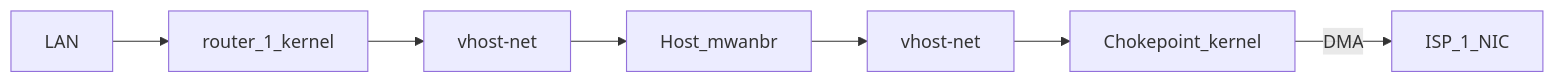
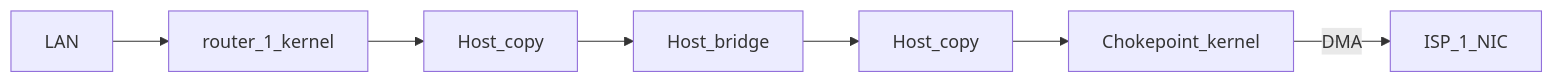
One commit to agoodkind/configs changed the ninth of 9 diagrams in docs/mwan.md. Above: the diagram before and after it, drawn with Mermaid. The commit also changed other lines of this file, not shown here.

Commit message:
Rewrite docs/mwan.md scalability around measured host-copy scenarios

````diff
--- a/docs/mwan.md
+++ b/docs/mwan.md
@@ -351,16 +348,16 @@
 ```mermaid
 flowchart LR
   lan[LAN]
   r1[router_1_kernel]
-  vq1[vhost-net]
-  br[Host_mwanbr]
-  vq2[vhost-net]
+  copy1[Host_copy]
+  br[Host_bridge]
+  copy2[Host_copy]
   mwan[Chokepoint_kernel]
   nic[ISP_1_NIC]
   lan --> r1
-  r1 --> vq1
-  vq1 --> br
-  br --> vq2
-  vq2 --> mwan
+  r1 --> copy1
+  copy1 --> br
+  br --> copy2
+  copy2 --> mwan
   mwan -->|DMA| nic
 ```
````
